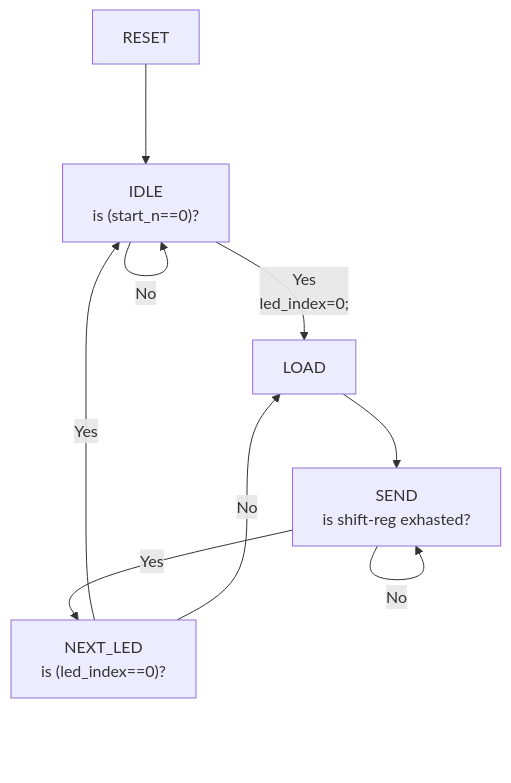
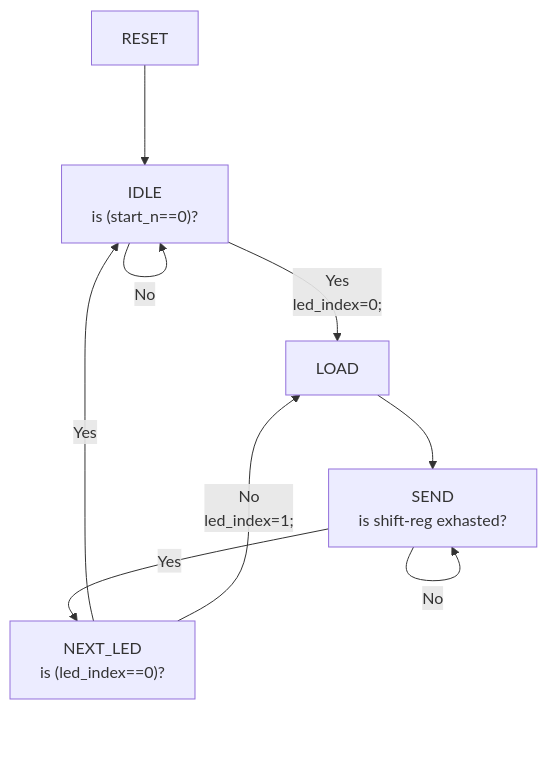
The diagram in Tutorial_Files/Tutorial_3/LatticeMacroKey-Tutorial-03.md (TomatoCube18/Lattice_FPGA_MacroKeys), drawn with Mermaid before and after one commit.

`````diff
--- a/Tutorial_Files/Tutorial_3/LatticeMacroKey-Tutorial-03.md
+++ b/Tutorial_Files/Tutorial_3/LatticeMacroKey-Tutorial-03.md
@@ -47,12 +47,12 @@
 ```mermaid
   graph TD;
       IDLE["IDLE\nis (start_n==0)?"]--"Yes\nled_index=0;\n"-->LOAD;
       IDLE--"No"-->IDLE;
       LOAD["LOAD"]-->SEND;
       SEND["SEND\nis shift-reg exhasted?"]--"No"-->SEND
       SEND--"Yes"-->NEXT_LED;
       NEXT_LED["NEXT_LED\nis (led_index==0)?"]--"Yes"-->IDLE;
-			NEXT_LED--"No"-->LOAD; 
+			NEXT_LED--"No\nled_index=1;"-->LOAD; 
       RESET--->IDLE;
       
 ````
`````
